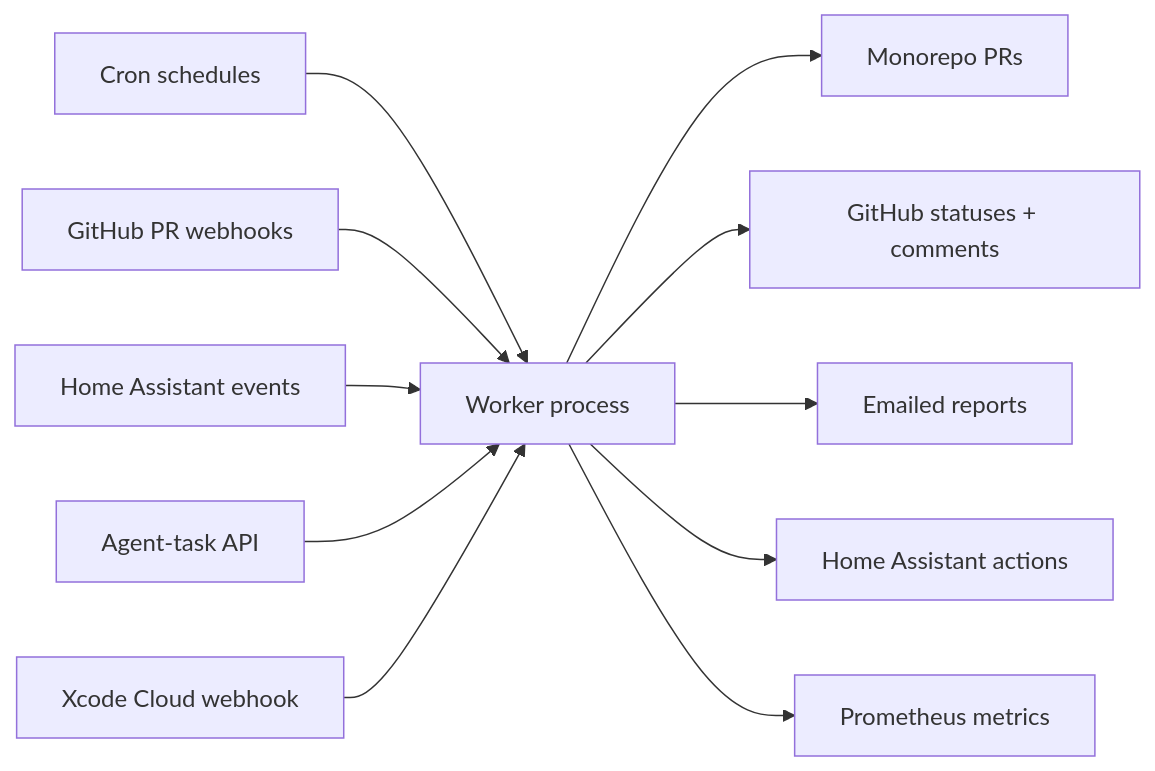
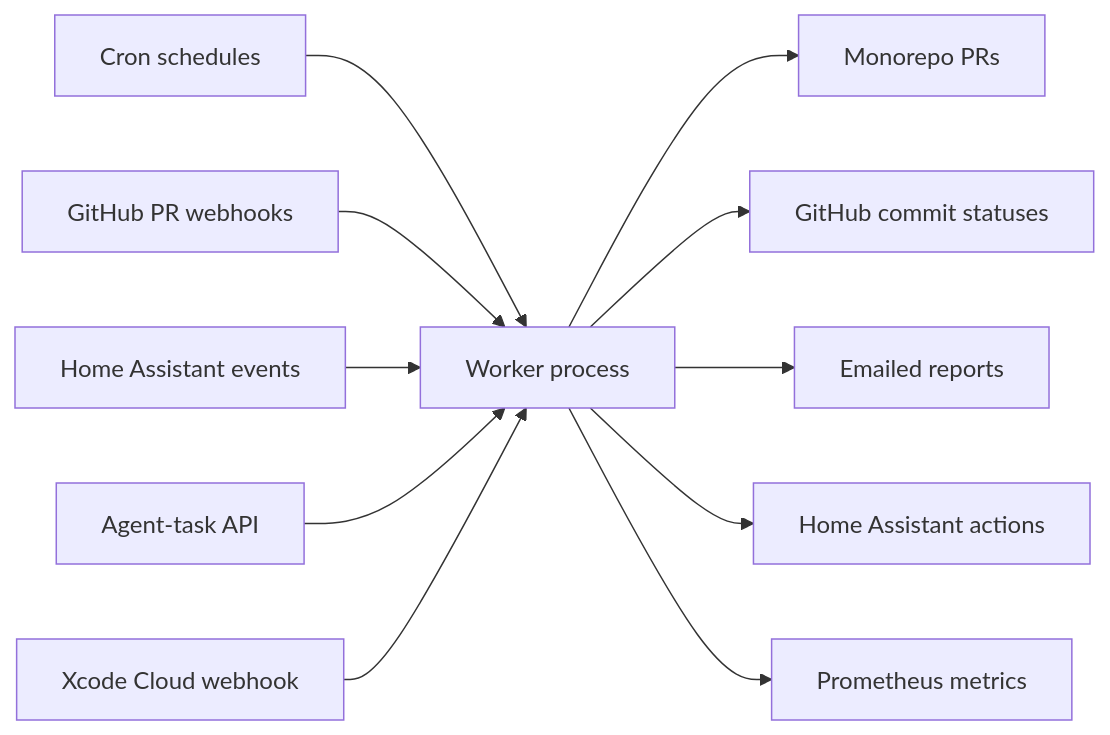
Before and after one commit to shepherdjerred/monorepo: the diagram in packages/docs/wiki/src/content/docs/temporal/index.md, drawn with Mermaid. The commit also changed other lines of this file and 3 other files, not shown here.

````diff
--- a/packages/docs/wiki/src/content/docs/temporal/index.md
+++ b/packages/docs/wiki/src/content/docs/temporal/index.md
@@ -11,16 +11,16 @@
 ```mermaid
 flowchart LR
   accTitle: Temporal worker system map
-  accDescr: Cron schedules, GitHub webhooks, Home Assistant events, the agent-task API, and the Xcode Cloud webhook all feed one worker process, which produces monorepo PRs, GitHub statuses and comments, emailed reports, Home Assistant service calls, and Prometheus metrics.
+  accDescr: Cron schedules, GitHub webhooks, Home Assistant events, the agent-task API, and the Xcode Cloud webhook all feed one worker process, which produces monorepo PRs, GitHub commit statuses, emailed reports, Home Assistant service calls, and Prometheus metrics.
 
   S[Cron schedules] --> W[Worker process]
   G[GitHub PR webhooks] --> W
   H[Home Assistant events] --> W
   A[Agent-task API] --> W
   X[Xcode Cloud webhook] --> W
   W --> P[Monorepo PRs]
-  W --> C[GitHub statuses + comments]
+  W --> C[GitHub commit statuses]
   W --> E[Emailed reports]
   W --> HA[Home Assistant actions]
   W --> M[Prometheus metrics]
 ```
````
